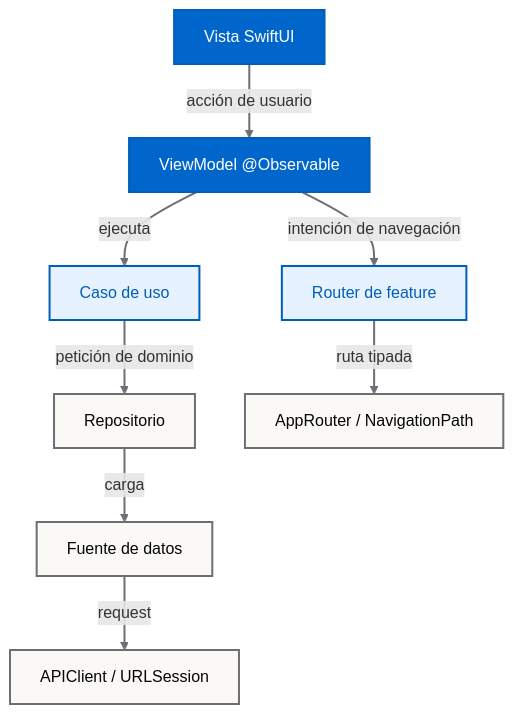
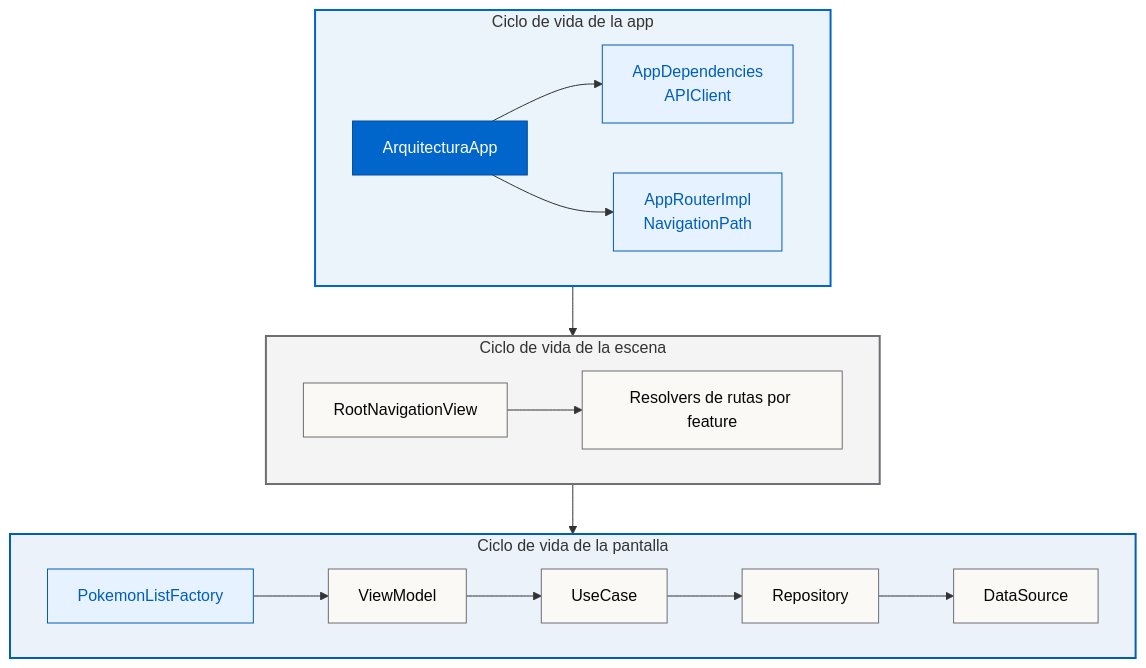
One commit to magnoscg/ios-architecture-reference changed the third of 3 diagrams in README.es.md. Above: the diagram before and after it, drawn with Mermaid. The commit also changed other lines of this file and 5 other files, not shown here.

First line of the commit message:
docs: redesign README as a visual architecture overview

````diff
--- a/README.es.md
+++ b/README.es.md
@@ -77,18 +204,27 @@
 ```mermaid
 flowchart TB
-    View["Vista SwiftUI"] -->|acción de usuario| VM["ViewModel @Observable"]
-    VM -->|ejecuta| UseCase["Caso de uso"]
-    UseCase -->|petición de dominio| Repository["Repositorio"]
-    Repository -->|carga| DataSource["Fuente de datos"]
-    DataSource -->|request| Client["APIClient / URLSession"]
-    VM -->|intención de navegación| FeatureRouter["Router de feature"]
-    FeatureRouter -->|ruta tipada| AppRouter["AppRouter / NavigationPath"]
+    subgraph APP["Ciclo de vida de la app"]
+        direction LR
+        Root["ArquitecturaApp"] --> Deps["AppDependencies<br/>APIClient"]
+        Root --> AppRouter["AppRouterImpl<br/>NavigationPath"]
+    end
+    subgraph SCENE["Ciclo de vida de la escena"]
+        direction LR
+        Nav["RootNavigationView"] --> Resolvers["Resolvers de rutas por feature"]
+    end
+    subgraph SCREEN["Ciclo de vida de la pantalla"]
+        direction LR
+        Factory["PokemonListFactory"] --> VM["ViewModel"] --> UC["UseCase"] --> Repo["Repository"] --> DS["DataSource"]
+    end
+    APP --> SCENE --> SCREEN
 
-    classDef primary fill:#0066CC,color:#FFFFFF,stroke:#005EB8,stroke-width:2px;
-    classDef secondary fill:#E6F2FF,color:#005EB8,stroke:#005EB8,stroke-width:2px;
-    classDef neutral fill:#FAF9F6,color:#050505,stroke:#6E6E73,stroke-width:2px;
-    class View,VM primary;
-    class UseCase,FeatureRouter secondary;
-    class Repository,DataSource,Client,AppRouter neutral;
-    linkStyle default stroke:#6E6E73,stroke-width:2px;
+    classDef primary fill:#0066CC,stroke:#004C99,color:#FFFFFF
+    classDef secondary fill:#E6F2FF,stroke:#005EB8,color:#005EB8
+    classDef neutral fill:#FAF9F6,stroke:#6E6E73,color:#050505
+    class Root primary
+    class Deps,AppRouter,Factory secondary
+    class Nav,Resolvers,VM,UC,Repo,DS neutral
+    style APP fill:#0066CC14,stroke:#0066CC,stroke-width:2px
+    style SCENE fill:#6E6E7314,stroke:#6E6E73,stroke-width:2px
+    style SCREEN fill:#005EB814,stroke:#005EB8,stroke-width:2px
 ```
````
